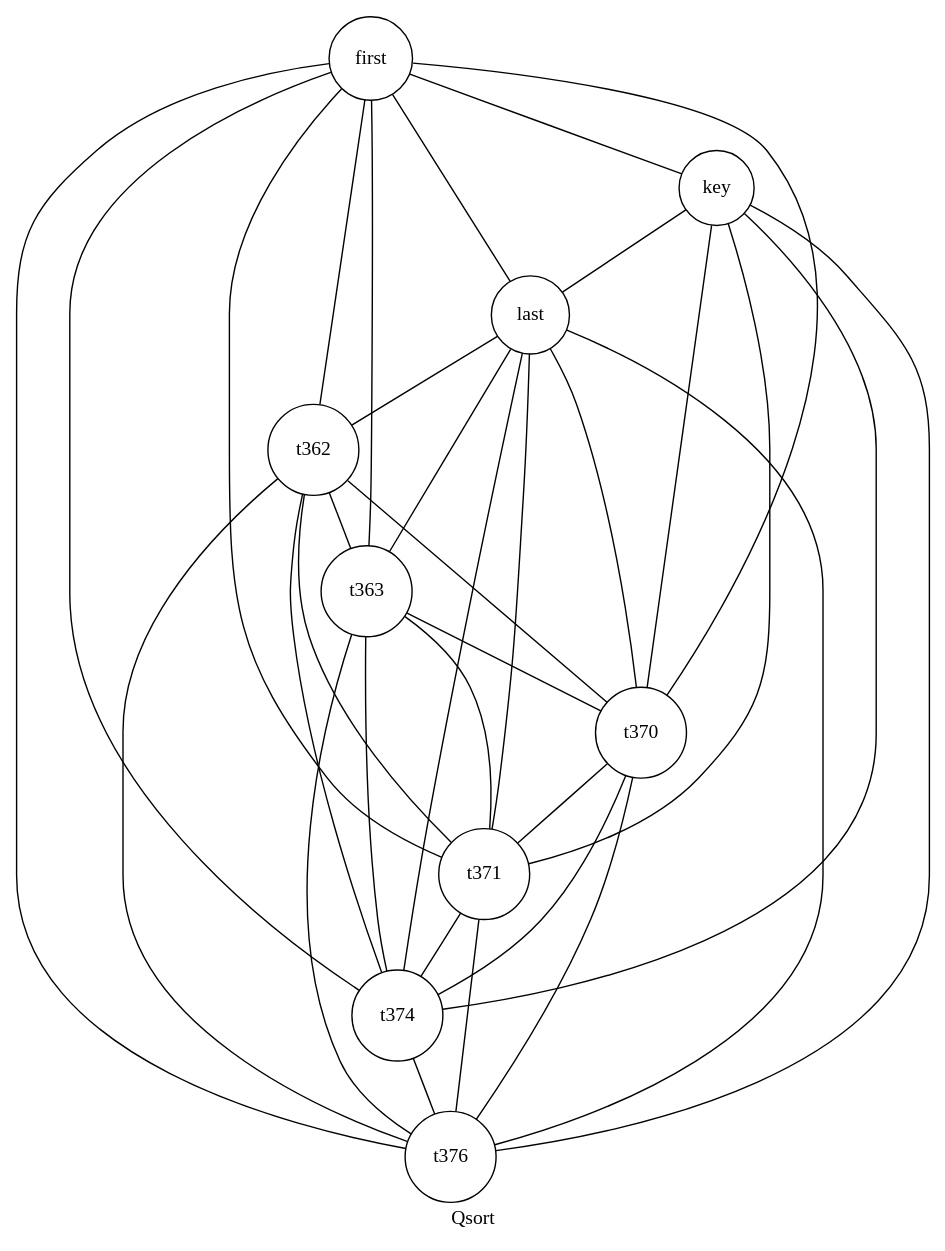
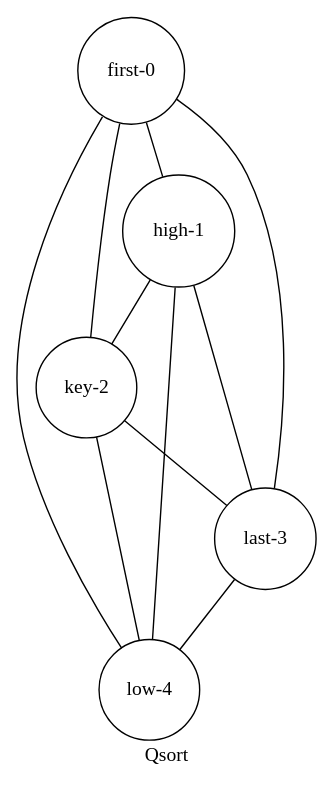
Before and after one commit to yifan123/Compiler: the diagram in Compiler/basic_block/conflict_graph/Qsort.dot, drawn with Graphviz. The commit also changed 392 other files, not shown here.

Commit message:
完工，做了以下优化： 1. 常量折叠 2. 划分基本块并使用graphviz绘制控制流图 3. 在parser时直接将所有常量的值计算出来 4. 到达定义分析，计算d-u链和活跃变量分析 5. 构建冲突图，图着色 6. 全局寄存器分配加寄存器池 7.栈传参改为寄存器传参

```diff
--- a/Compiler/basic_block/conflict_graph/Qsort.dot
+++ b/Compiler/basic_block/conflict_graph/Qsort.dot
@@ -1,46 +1,18 @@
 graph Qsort{
 label =Qsort
-t362[label="t362", shape=circle, style=filled, fillcolor=White]
-t363[label="t363", shape=circle, style=filled, fillcolor=White]
-t370[label="t370", shape=circle, style=filled, fillcolor=White]
-t371[label="t371", shape=circle, style=filled, fillcolor=White]
-t374[label="t374", shape=circle, style=filled, fillcolor=White]
-t376[label="t376", shape=circle, style=filled, fillcolor=White]
-first[label="first", shape=circle, style=filled, fillcolor=White]
-key[label="key", shape=circle, style=filled, fillcolor=White]
-last[label="last", shape=circle, style=filled, fillcolor=White]
+first[label="first-0", shape=circle, style=filled, fillcolor=White]
+high[label="high-1", shape=circle, style=filled, fillcolor=White]
+key[label="key-2", shape=circle, style=filled, fillcolor=White]
+last[label="last-3", shape=circle, style=filled, fillcolor=White]
+low[label="low-4", shape=circle, style=filled, fillcolor=White]
+first--high
 first--key
 first--last
-first--t362
-first--t363
-first--t370
-first--t371
-first--t374
-first--t376
+first--low
+high--key
+high--last
+high--low
 key--last
-key--t370
-key--t371
-key--t374
-key--t376
-last--t362
-last--t363
-last--t370
-last--t371
-last--t374
-last--t376
-t362--t363
-t362--t370
-t362--t371
-t362--t374
-t362--t376
-t363--t370
-t363--t371
-t363--t374
-t363--t376
-t370--t371
-t370--t374
-t370--t376
-t371--t374
-t371--t376
-t374--t376
+key--low
+last--low
 }
```
